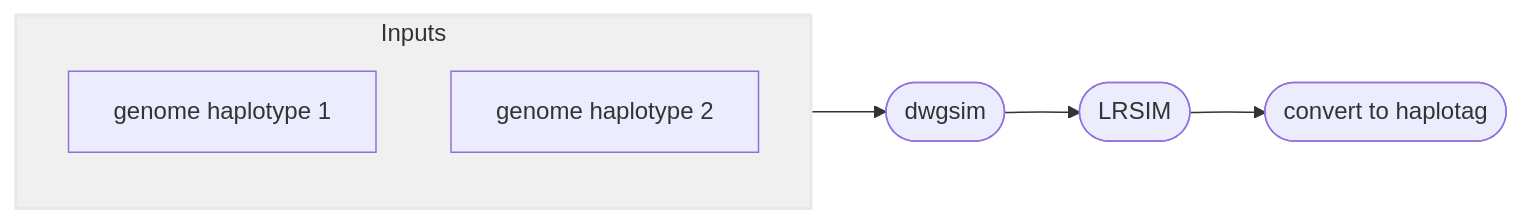
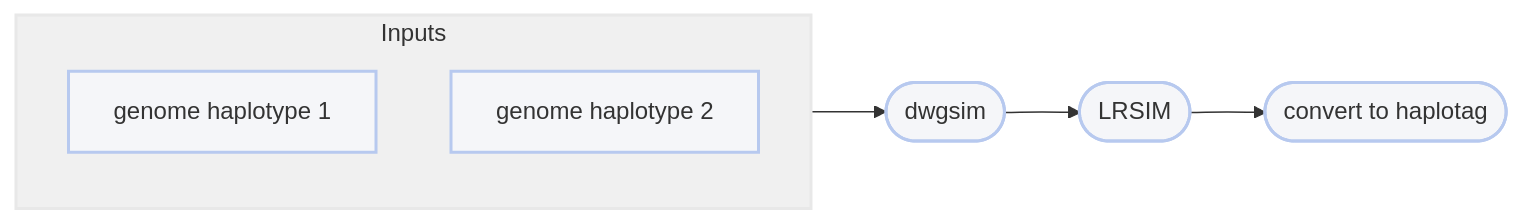
The diagram in Modules/Simulate/simulate-linkedreads.md (pdimens/harpy), drawn with Mermaid before and after one commit. The commit also changed 11 other files, not shown here.

Commit message:
update all mermaids

````diff
--- a/Modules/Simulate/simulate-linkedreads.md
+++ b/Modules/Simulate/simulate-linkedreads.md
@@ -124,11 +124,13 @@
 ```mermaid
 graph LR
     subgraph Inputs
-        A[genome haplotype 1]
-        B[genome haplotype 2]
+        direction BT
+        A[genome haplotype 1]:::clean
+        B[genome haplotype 2]:::clean
     end
-    Inputs-->D([dwgsim])
-    D-->L([LRSIM])
-    L-->H([convert to haplotag])
+    Inputs-->D([dwgsim]):::clean
+    D-->L([LRSIM]):::clean
+    L-->H([convert to haplotag]):::clean
     style Inputs fill:#f0f0f0,stroke:#e8e8e8,stroke-width:2px
+    classDef clean fill:#f5f6f9,stroke:#b7c9ef,stroke-width:2px
 ```
````
